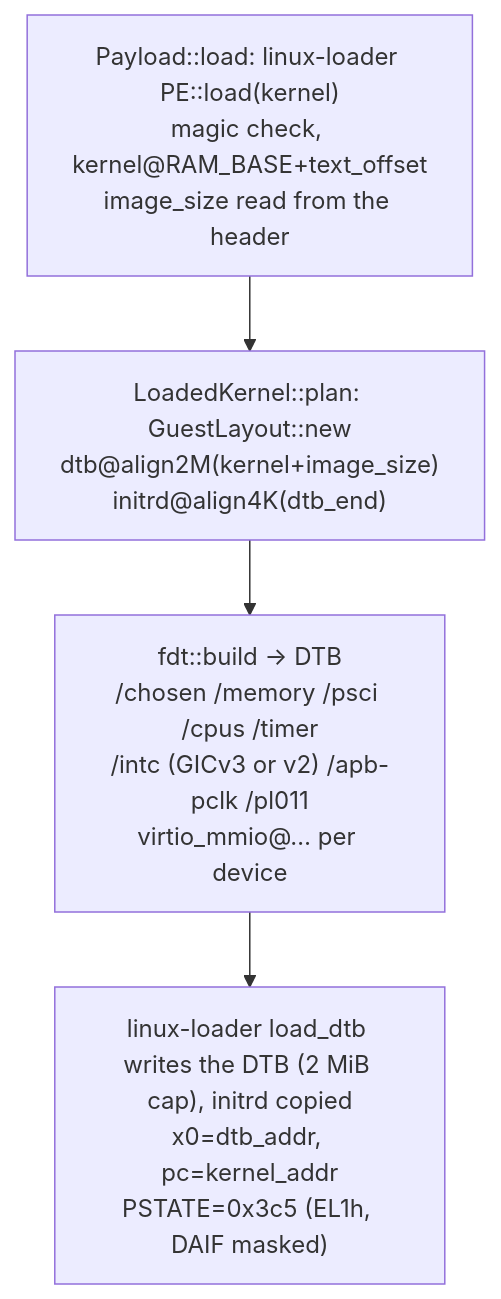
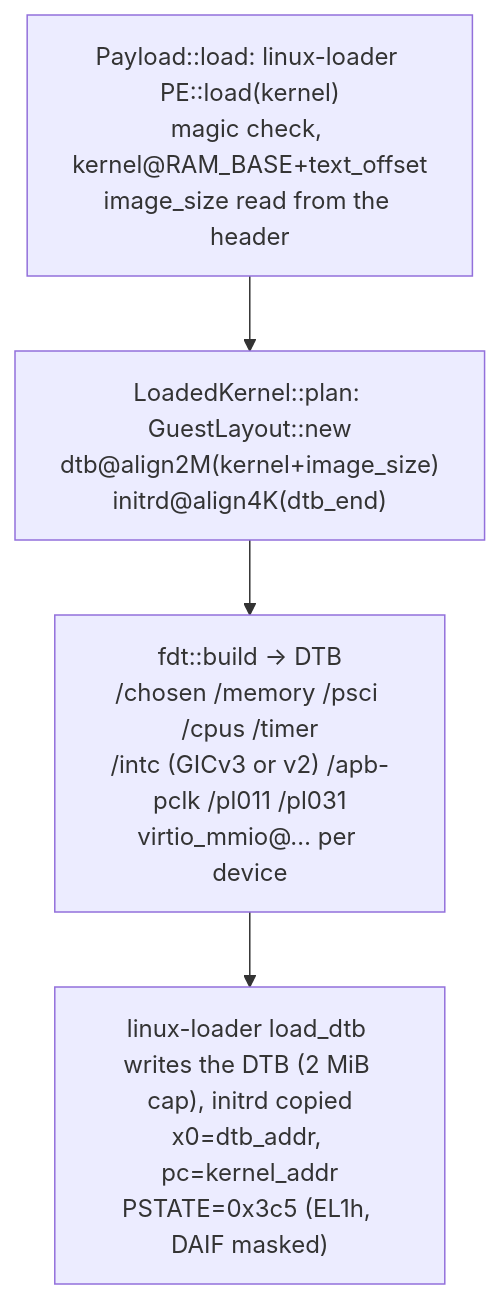
Before and after one commit to brig-sh/hvi-vmm: the second of 4 diagrams in docs/architecture.md, drawn with Mermaid. The commit also changed other lines of this file and 13 other files, not shown here.

````diff
--- a/docs/architecture.md
+++ b/docs/architecture.md
@@ -209,7 +211,7 @@
 ```mermaid
 flowchart TB
     A["Payload::load: linux-loader PE::load(kernel)<br/>magic check, kernel@RAM_BASE+text_offset<br/>image_size read from the header"] --> B
     B["LoadedKernel::plan: GuestLayout::new<br/>dtb@align2M(kernel+image_size)<br/>initrd@align4K(dtb_end)"] --> C
-    C["fdt::build → DTB<br/>/chosen /memory /psci /cpus /timer<br/>/intc (GICv3 or v2) /apb-pclk /pl011<br/>virtio_mmio@… per device"] --> D
+    C["fdt::build → DTB<br/>/chosen /memory /psci /cpus /timer<br/>/intc (GICv3 or v2) /apb-pclk /pl011 /pl031<br/>virtio_mmio@… per device"] --> D
     D["linux-loader load_dtb writes the DTB (2 MiB cap), initrd copied<br/>x0=dtb_addr, pc=kernel_addr<br/>PSTATE=0x3c5 (EL1h, DAIF masked)"]
 ```
````
